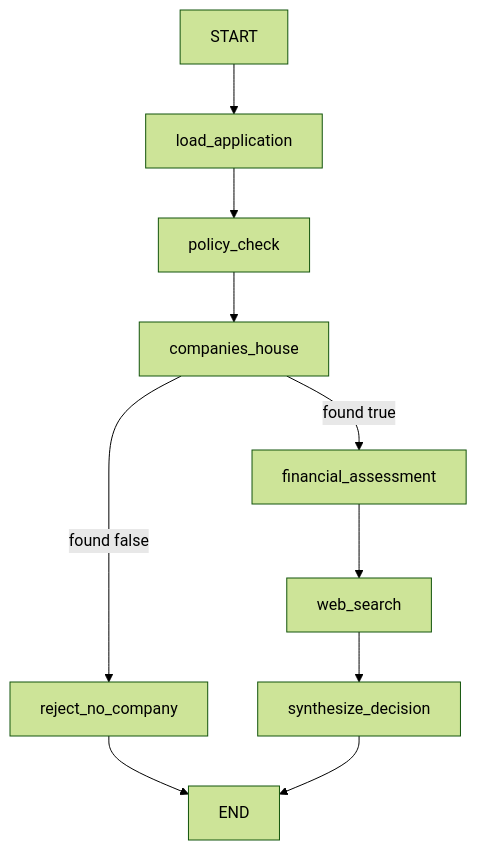
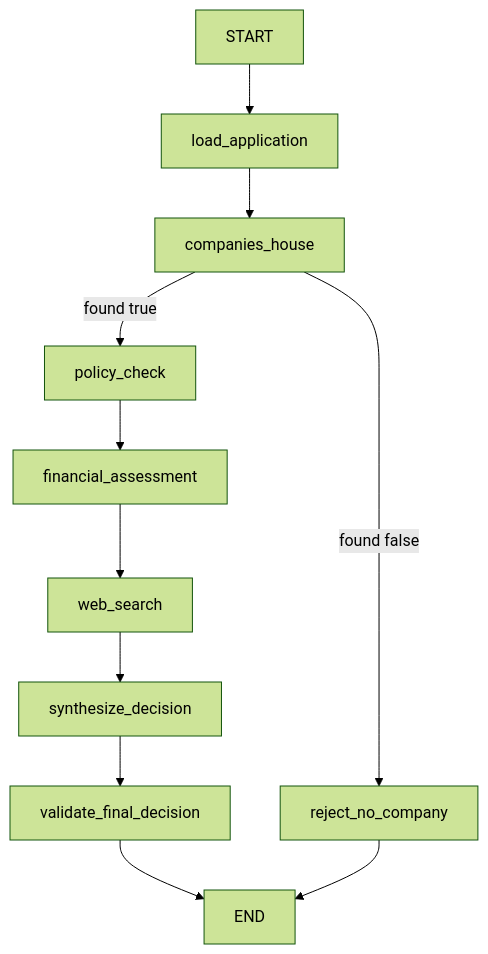
One commit to stevejgoodman/fionaa-aws changed the diagram in openwiki/architecture/graph-workflow.md. Above: the diagram before and after it, drawn with Mermaid (forest theme). The commit also changed other lines of this file and 37 other files, not shown here.

Commit message:
Add PASF/PADE readiness-triage assessment, architecture docs, and refreshed OpenWiki

````diff
--- a/openwiki/architecture/graph-workflow.md
+++ b/openwiki/architecture/graph-workflow.md
@@ -49,12 +52,13 @@
 ```mermaid
 flowchart TD
     START --> load_application
-    load_application --> policy_check
-    policy_check --> companies_house
-    companies_house -->|found true| financial_assessment
+    load_application --> companies_house
+    companies_house -->|found true| policy_check
     companies_house -->|found false| reject_no_company
+    policy_check --> financial_assessment
     financial_assessment --> web_search
     web_search --> synthesize_decision
+    synthesize_decision --> validate_final_decision
+    validate_final_decision --> END
     reject_no_company --> END
-    synthesize_decision --> END
 ```
````
